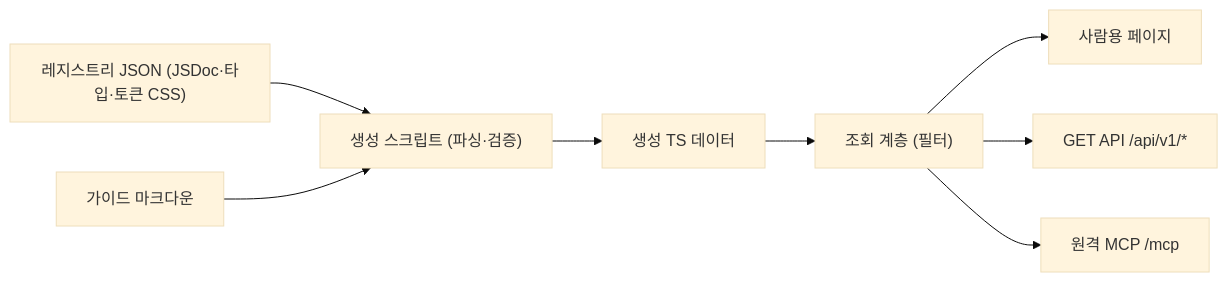
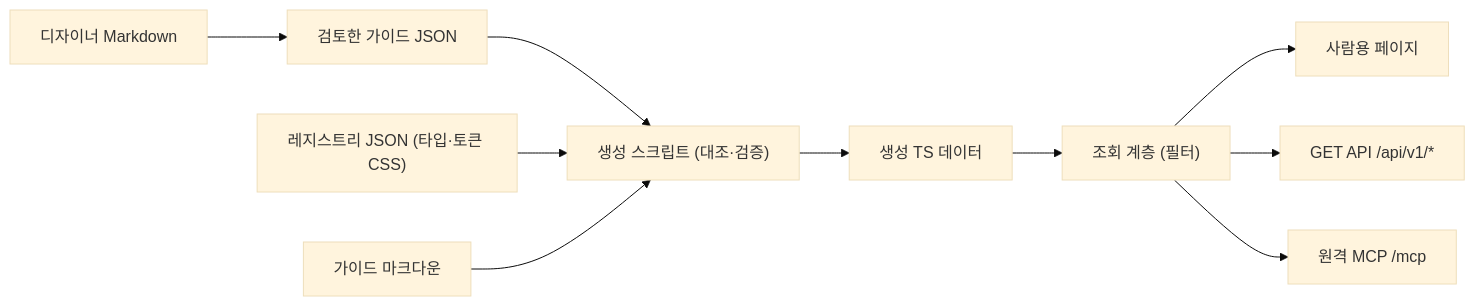
The diagram in Agent/docs.md (ELI-LDS/ELI), drawn with Mermaid (base theme) before and after one commit. The commit also changed other lines of this file and 9 other files, not shown here.

First line of the commit message:
feat(docs): 원격 MCP의 컴포넌트 섹션을 검토한 가이드 JSON에서 제공

````diff
--- a/Agent/docs.md
+++ b/Agent/docs.md
@@ -9,10 +9,12 @@
 ```mermaid
 flowchart LR
-  Registry["레지스트리 JSON (JSDoc·타입·토큰 CSS)"] --> Build["생성 스크립트 (파싱·검증)"]
+  Source["디자이너 Markdown"] --> Review["검토한 가이드 JSON"]
+  Review --> Build["생성 스크립트 (대조·검증)"]
+  Registry["레지스트리 JSON (타입·토큰 CSS)"] --> Build
   Guides["가이드 마크다운"] --> Build
   Build --> Data["생성 TS 데이터"]
   Data --> Query["조회 계층 (필터)"]
   Query --> Pages["사람용 페이지"]
   Query --> Api["GET API /api/v1/*"]
   Query --> Mcp["원격 MCP /mcp"]
 ```
````
